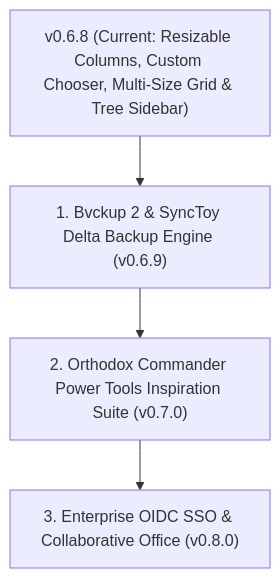
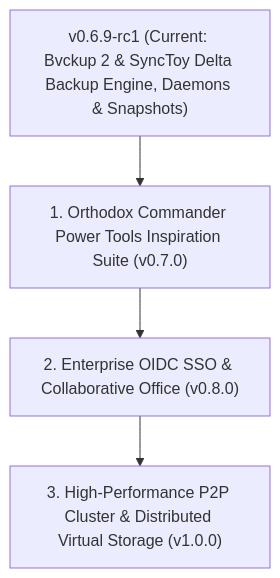
The first of 2 diagrams in ROADMAP.md (Woofson/commanderdog), drawn with Mermaid before and after one commit. The commit also changed other lines of this file and 17 other files, not shown here.

Commit message:
feat(v0.6.9-rc1): Delta Sync Studio, automated scheduler, mobile/foldable FAT matrix, and persistent Docker storage

````diff
--- a/ROADMAP.md
+++ b/ROADMAP.md
@@ -121,6 +136,6 @@
 ```mermaid
 graph TD
-    A["v0.6.8 (Current: Resizable Columns, Custom Chooser, Multi-Size Grid & Tree Sidebar)"] --> B["1. Bvckup 2 & SyncToy Delta Backup Engine (v0.6.9)"]
-    B --> C["2. Orthodox Commander Power Tools Inspiration Suite (v0.7.0)"]
-    C --> D["3. Enterprise OIDC SSO & Collaborative Office (v0.8.0)"]
+    A["v0.6.9-rc1 (Current: Bvckup 2 & SyncToy Delta Backup Engine, Daemons & Snapshots)"] --> B["1. Orthodox Commander Power Tools Inspiration Suite (v0.7.0)"]
+    B --> C["2. Enterprise OIDC SSO & Collaborative Office (v0.8.0)"]
+    C --> D["3. High-Performance P2P Cluster & Distributed Virtual Storage (v1.0.0)"]
 ```
````
